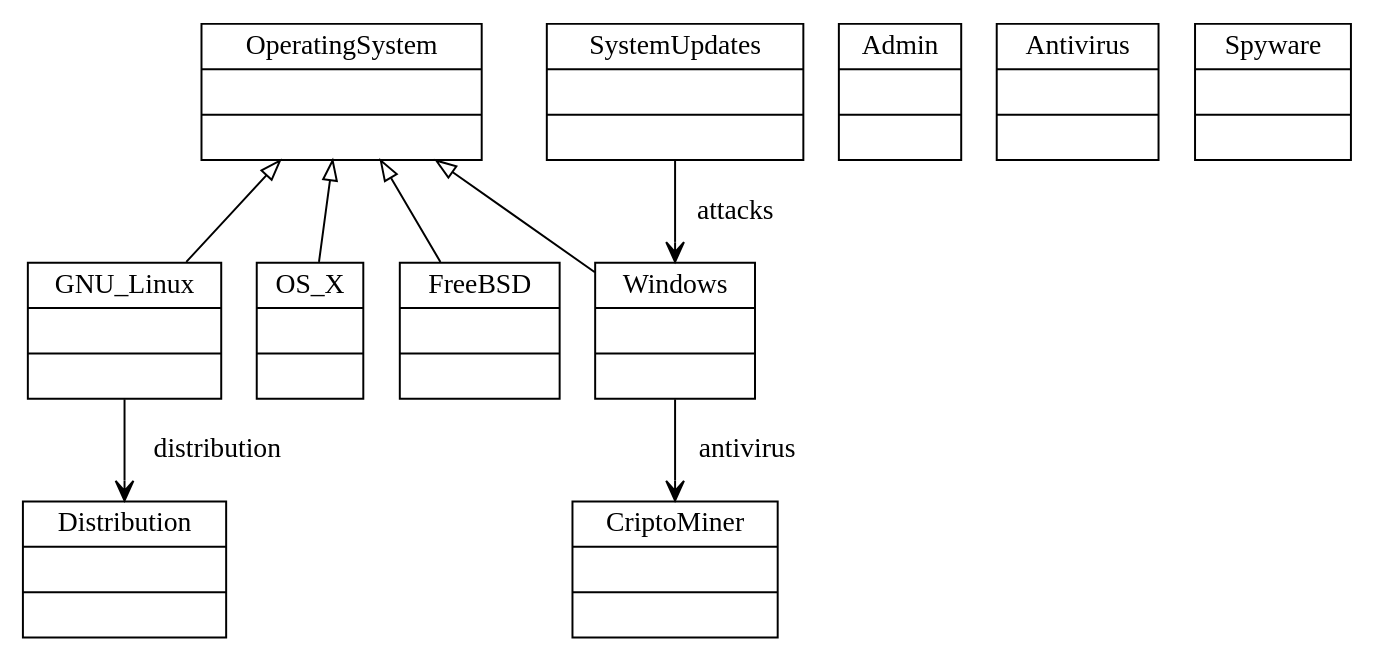
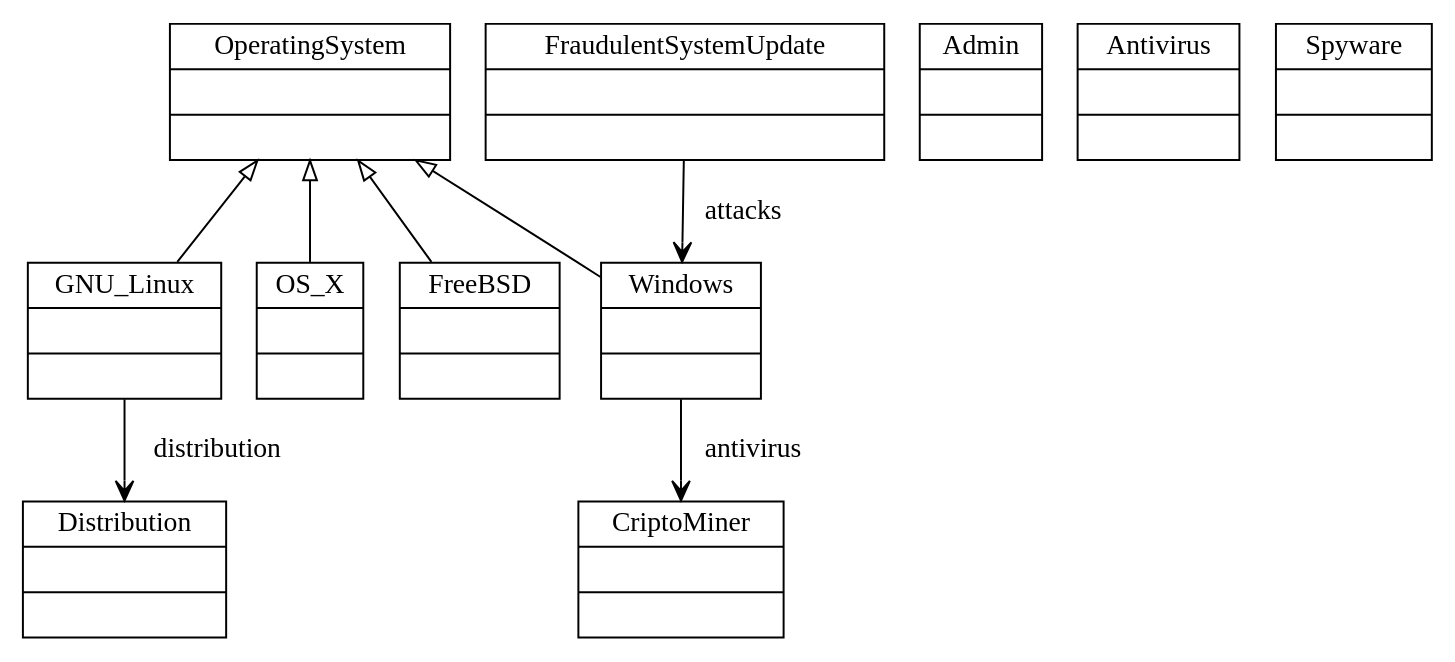
Before and after one commit to epsilonlabs/picto-diff: the diagram in org.eclipse.epsilon.picto.diff/files/baseline-modifyEdgesToNewNodes.dot, drawn with Graphviz. The commit also changed 3 other files, not shown here.

```diff
--- a/org.eclipse.epsilon.picto.diff/files/baseline-modifyEdgesToNewNodes.dot
+++ b/org.eclipse.epsilon.picto.diff/files/baseline-modifyEdgesToNewNodes.dot
@@ -1,27 +1,27 @@
 digraph G {
 	// windows antivirus points to new criptominer
 	// new systemUpdates attacks windows (as always)
 
 	node[shape=record]
 	edge[dir=back, arrowtail=empty]
 
 	OperatingSystem[label = "{OperatingSystem||}"]
 	Admin[label="{Admin||}"]
 	
 	GNU_Linux[label = "{GNU_Linux||}"]
 	OS_X[label = "{OS_X||}"]
 	FreeBSD[label = "{FreeBSD||}"]
 	Windows[label = "{Windows||}"]
 	Antivirus[label = "{Antivirus||}"]
 	Spyware[label = "{Spyware||}"]
 	CriptoMiner[label = "{CriptoMiner||}"]
-	SystemUpdates[label = "{SystemUpdates||}"]
+	FraudulentSystemUpdate[label = "{FraudulentSystemUpdate||}"]
 	OperatingSystem->GNU_Linux[name="h1"];
 	OperatingSystem->OS_X[name="h2"];
 	OperatingSystem->FreeBSD[name="h3"];
 	OperatingSystem->Windows[name="h4"];
 	Windows->CriptoMiner[label=" antivirus ", dir=forward, arrowhead = vee, name="antivirus"];
-	SystemUpdates->Windows[label=" attacks ", dir=forward, arrowhead = vee, name="attacks"];
+	FraudulentSystemUpdate->Windows[label=" attacks ", dir=forward, arrowhead = vee, name="attacks"];
 	Distribution[label = "{Distribution||}"]
 	GNU_Linux->Distribution[label=" distribution ", dir=forward, arrowhead = vee, name="eDistr"];
 }
```
